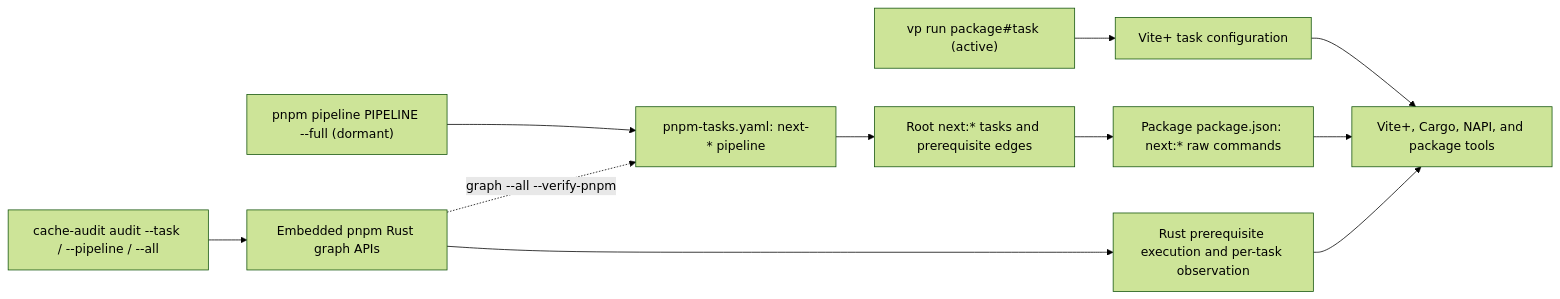
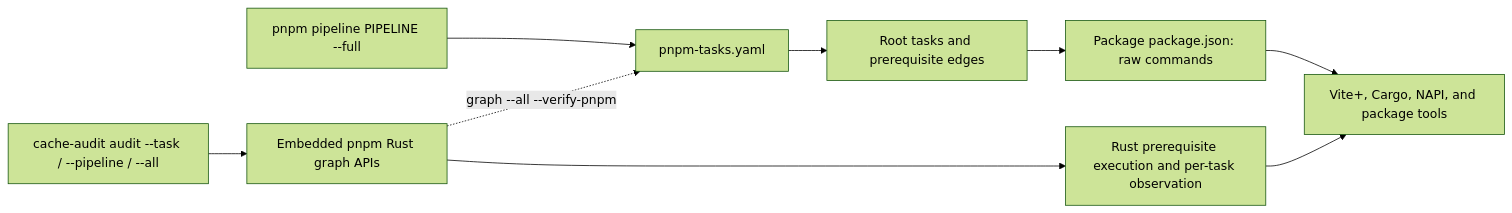
One commit to atlowChemi/vite-svg-2-webfont changed the first of 2 diagrams in CONTRIBUTING.md. Above: the diagram before and after it, drawn with Mermaid (forest theme). The commit also changed other lines of this file and 48 other files, not shown here.

````diff
--- a/CONTRIBUTING.md
+++ b/CONTRIBUTING.md
@@ -69,13 +69,11 @@
 ```mermaid
 flowchart LR
-    active["vp run package#task (active)"] --> vite["Vite+ task configuration"]
-    vite --> tools["Vite+, Cargo, NAPI, and package tools"]
-    next["pnpm pipeline PIPELINE --full (dormant)"] --> pipeline["pnpm-tasks.yaml: next-* pipeline"]
-    pipeline --> tasks["Root next:* tasks and prerequisite edges"]
-    tasks --> scripts["Package package.json: next:* raw commands"]
-    scripts --> tools
+    active["pnpm pipeline PIPELINE --full"] --> pipeline["pnpm-tasks.yaml"]
+    pipeline --> tasks["Root tasks and prerequisite edges"]
+    tasks --> scripts["Package package.json: raw commands"]
+    scripts --> tools["Vite+, Cargo, NAPI, and package tools"]
     audit["cache-audit audit --task / --pipeline / --all"] --> rust["Embedded pnpm Rust graph APIs"]
     rust --> execution["Rust prerequisite execution and per-task observation"]
     execution --> tools
     rust -. "graph --all --verify-pnpm" .-> pipeline
 ```
````
